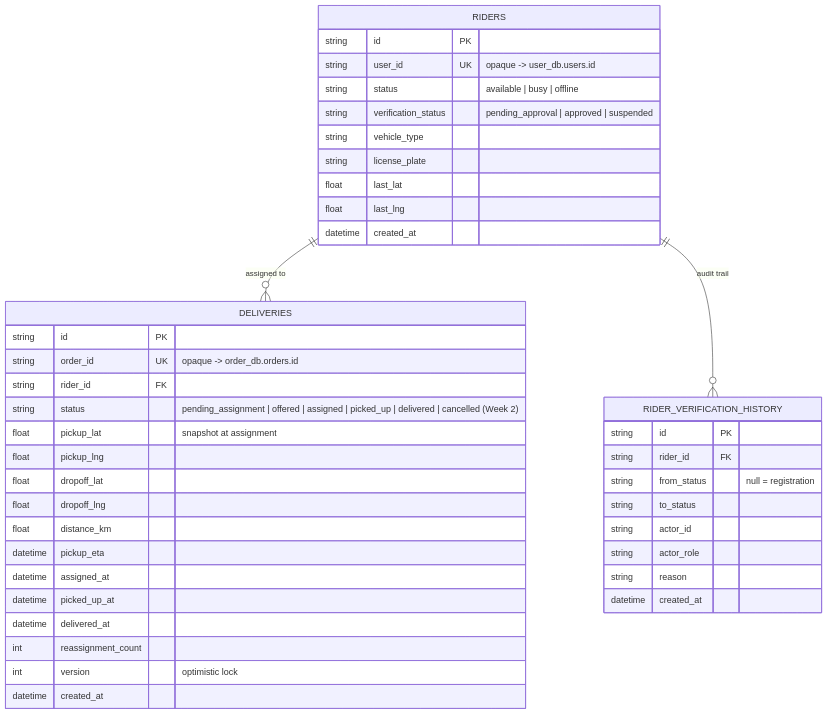
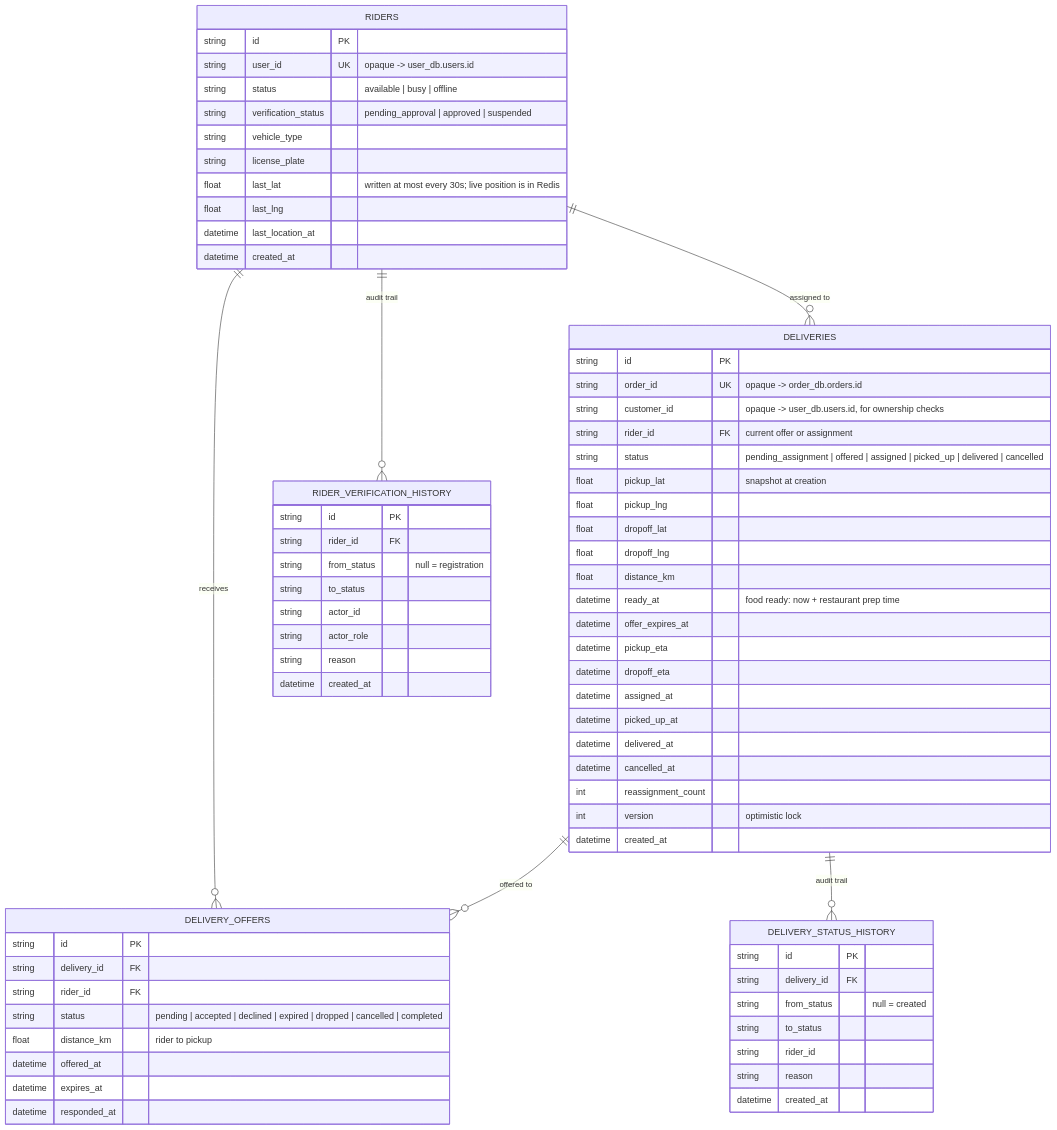
Before and after one commit to umer-emumba/smartfoodops-ms: the ninth of 13 diagrams in docs/diagrams.md, drawn with Mermaid. The commit also changed other lines of this file and 8 other files, not shown here.

First line of the commit message:
Week 2 step 8: lifecycle scenarios, second seeded rider, docs and diagrams

````diff
--- a/docs/diagrams.md
+++ b/docs/diagrams.md
@@ -226,45 +415,73 @@
 ```mermaid
 erDiagram
     RIDERS ||--o{ DELIVERIES : "assigned to"
     RIDERS ||--o{ RIDER_VERIFICATION_HISTORY : "audit trail"
+    DELIVERIES ||--o{ DELIVERY_OFFERS : "offered to"
+    RIDERS ||--o{ DELIVERY_OFFERS : receives
+    DELIVERIES ||--o{ DELIVERY_STATUS_HISTORY : "audit trail"
 
     RIDERS {
         string id PK
         string user_id UK "opaque -> user_db.users.id"
         string status "available | busy | offline"
         string verification_status "pending_approval | approved | suspended"
         string vehicle_type
         string license_plate
-        float last_lat
+        float last_lat "written at most every 30s; live position is in Redis"
         float last_lng
+        datetime last_location_at
         datetime created_at
     }
     DELIVERIES {
         string id PK
         string order_id UK "opaque -> order_db.orders.id"
-        string rider_id FK
-        string status "pending_assignment | offered | assigned | picked_up | delivered | cancelled (Week 2)"
-        float pickup_lat "snapshot at assignment"
+        string customer_id "opaque -> user_db.users.id, for ownership checks"
+        string rider_id FK "current offer or assignment"
+        string status "pending_assignment | offered | assigned | picked_up | delivered | cancelled"
+        float pickup_lat "snapshot at creation"
         float pickup_lng
         float dropoff_lat
         float dropoff_lng
         float distance_km
+        datetime ready_at "food ready: now + restaurant prep time"
+        datetime offer_expires_at
         datetime pickup_eta
+        datetime dropoff_eta
         datetime assigned_at
         datetime picked_up_at
         datetime delivered_at
+        datetime cancelled_at
         int reassignment_count
         int version "optimistic lock"
         datetime created_at
     }
     RIDER_VERIFICATION_HISTORY {
         string id PK
         string rider_id FK
         string from_status "null = registration"
         string to_status
         string actor_id
         string actor_role
         string reason
         datetime created_at
     }
+    DELIVERY_OFFERS {
+        string id PK
+        string delivery_id FK
+        string rider_id FK
+        string status "pending | accepted | declined | expired | dropped | cancelled | completed"
+        float distance_km "rider to pickup"
+        datetime offered_at
+        datetime expires_at
+        datetime responded_at
+    }
+    DELIVERY_STATUS_HISTORY {
+        string id PK
+        string delivery_id FK
+        string from_status "null = created"
+        string to_status
+        string rider_id
+        string reason
+        datetime created_at
+    }
 ```
````
